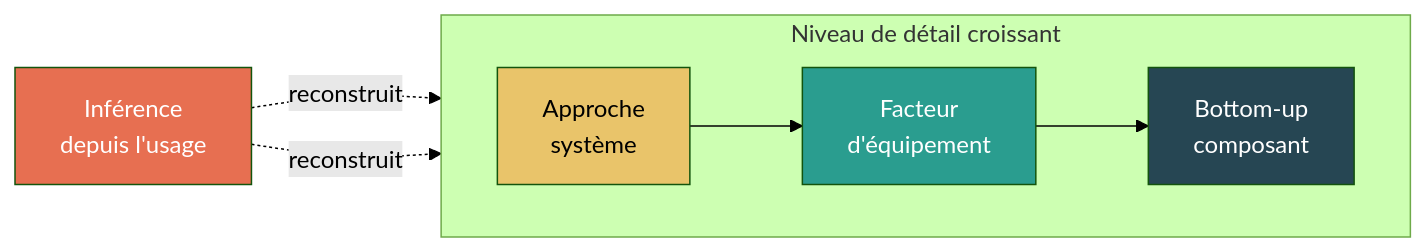
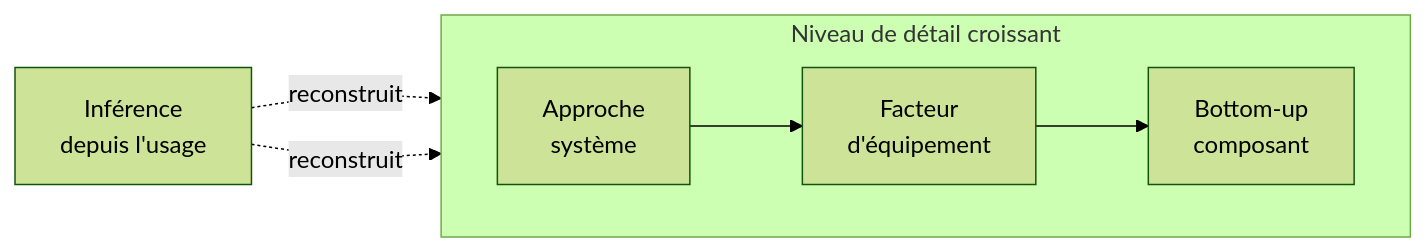
Before and after one commit to digital4better/methodology: the first of 4 diagrams in docs/modelisation/strategies-de-modelisation.md, drawn with Mermaid (forest theme). The commit also changed other lines of this file and 193 other files, not shown here.

````diff
--- a/docs/modelisation/strategies-de-modelisation.md
+++ b/docs/modelisation/strategies-de-modelisation.md
@@ -22,16 +36,16 @@
 ```mermaid
 flowchart LR
     subgraph "Niveau de détail croissant"
         direction LR
         SYS[Approche<br>système] --> FE[Facteur<br>d'équipement]
         FE --> BU[Bottom-up<br>composant]
     end
 
     INF[Inférence<br>depuis l'usage] -.->|reconstruit| SYS
     INF -.->|reconstruit| FE
 
-    style BU fill:#264653,color:#fff
-    style FE fill:#2a9d8f,color:#fff
-    style SYS fill:#e9c46a,color:#000
-    style INF fill:#e76f51,color:#fff
+    class BU d4b-navy
+    class FE d4b-blue
+    class SYS d4b-sand
+    class INF d4b-coral
 ```
````
